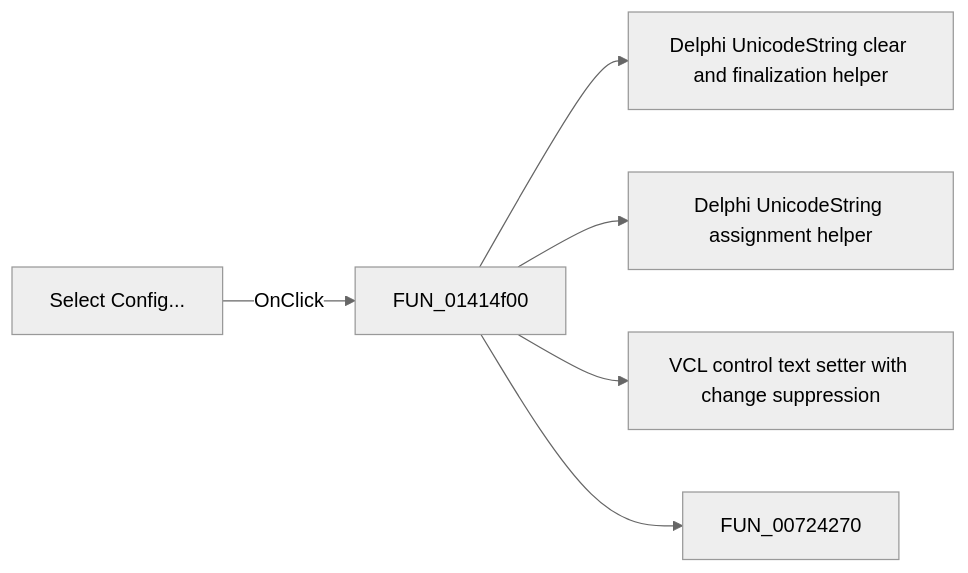
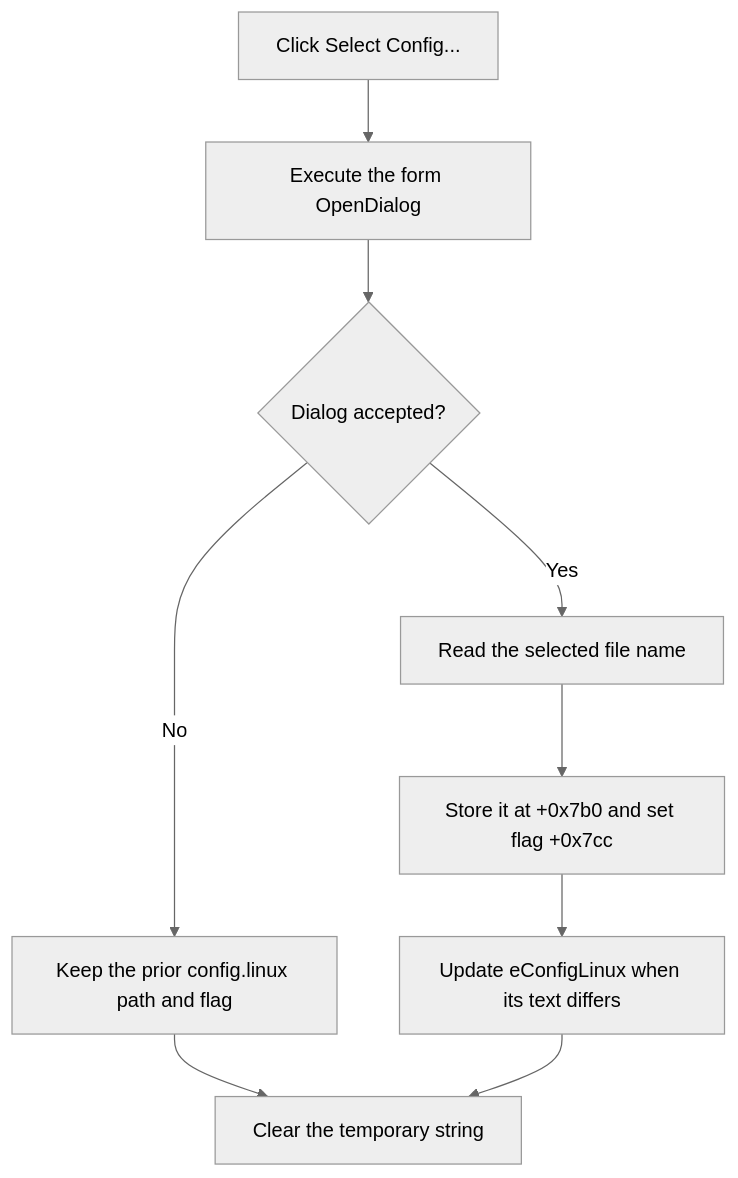
The diagram in docs/ui-controls/mcukernelimageproperties/bselectconfiglinux-388e2d5c3f.md (MovGP0/TIARA), drawn with Mermaid (neutral theme) before and after one commit. The commit also changed other lines of this file and 1062 other files, not shown here.

````diff
--- a/docs/ui-controls/mcukernelimageproperties/bselectconfiglinux-388e2d5c3f.md
+++ b/docs/ui-controls/mcukernelimageproperties/bselectconfiglinux-388e2d5c3f.md
@@ -27,8 +29,11 @@
 ```mermaid
-flowchart LR
-    control["Select Config..."] -->|OnClick| handler["FUN_01414f00"]
-    handler --> call1["Delphi UnicodeString clear and finalization helper"]
-    handler --> call2["Delphi UnicodeString assignment helper"]
-    handler --> call3["VCL control text setter with change suppression"]
-    handler --> call4["FUN_00724270"]
+flowchart TD
+    click["Click Select Config..."] --> execute["Execute the form OpenDialog"]
+    execute --> accepted{"Dialog accepted?"}
+    accepted -->|No| noChange["Keep the prior config.linux path and flag"]
+    accepted -->|Yes| read["Read the selected file name"]
+    read --> store["Store it at +0x7b0 and set flag +0x7cc"]
+    store --> display["Update eConfigLinux when its text differs"]
+    noChange --> cleanup["Clear the temporary string"]
+    display --> cleanup
 ```
````
